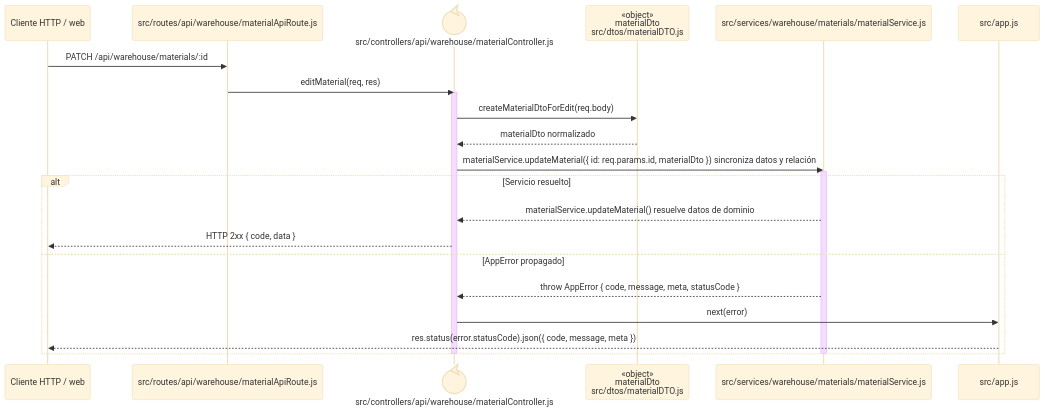
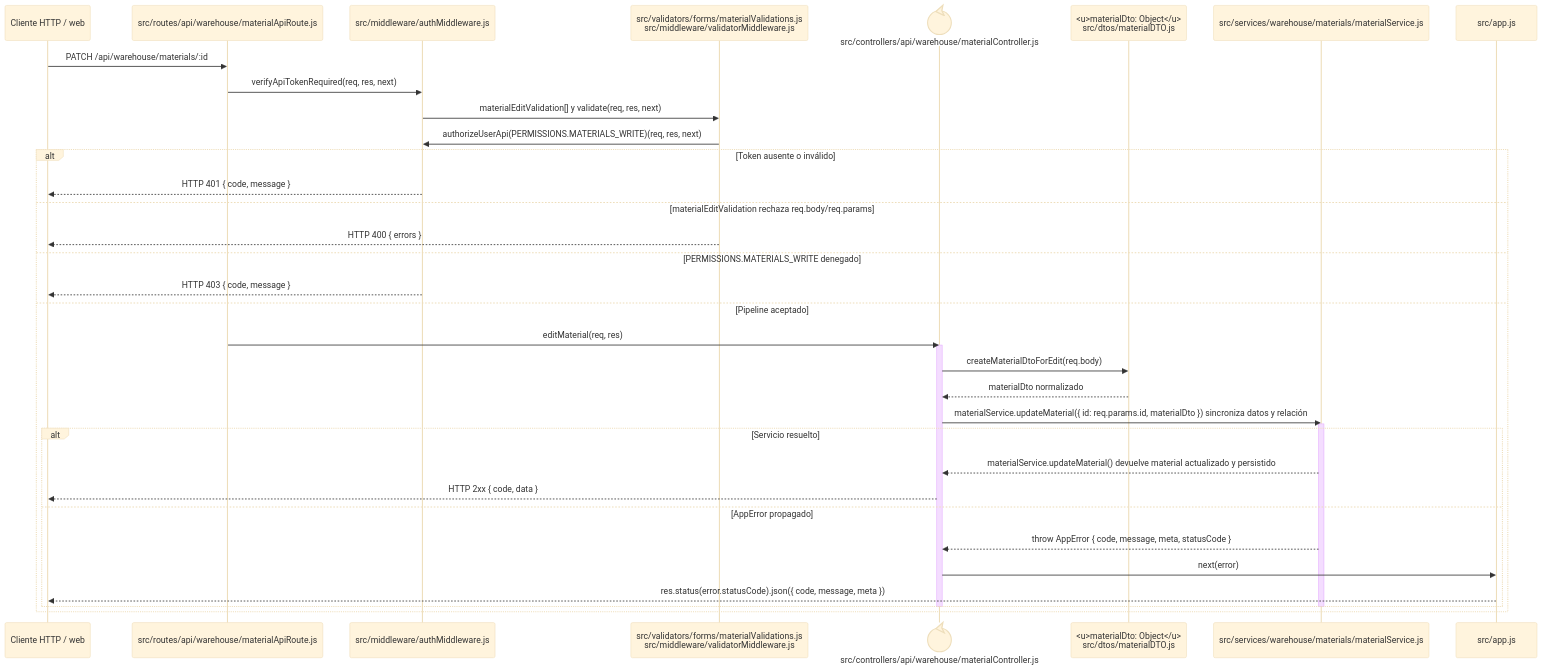
The diagram in docs/architecture/backend-code-sequences/catalogs/cu-alm-03.md (gpgsistemas01/nexus), drawn with Mermaid (base theme) before and after one commit. The commit also changed 102 other files, not shown here.

````diff
--- a/docs/architecture/backend-code-sequences/catalogs/cu-alm-03.md
+++ b/docs/architecture/backend-code-sequences/catalogs/cu-alm-03.md
@@ -6,27 +6,40 @@
 ```mermaid
 sequenceDiagram
     participant Client as Cliente HTTP / web
     participant Route as src/routes/api/warehouse/materialApiRoute.js
+    participant Auth as src/middleware/authMiddleware.js
+    participant Validator as src/validators/forms/materialValidations.js<br/>src/middleware/validatorMiddleware.js
     participant Controller@{ "type": "control" } as src/controllers/api/warehouse/materialController.js
-    participant MaterialDto as «object»<br/>materialDto<br/>src/dtos/materialDTO.js
+    participant MaterialDto as <u>materialDto: Object</u><br/>src/dtos/materialDTO.js
     participant Domain as src/services/warehouse/materials/materialService.js
     participant ErrorHandler as src/app.js
 
     Client->>Route: PATCH /api/warehouse/materials/:id
-    Route->>Controller: editMaterial(req, res)
-    activate Controller
-    Controller->>MaterialDto: createMaterialDtoForEdit(req.body)
-    MaterialDto-->>Controller: materialDto normalizado
-    Controller->>Domain: materialService.updateMaterial({ id: req.params.id, materialDto }) sincroniza datos y relación
-    activate Domain
-    alt Servicio resuelto
-        Domain-->>Controller: materialService.updateMaterial() resuelve datos de dominio
-        Controller-->>Client: HTTP 2xx { code, data }
-    else AppError propagado
-        Domain-->>Controller: throw AppError { code, message, meta, statusCode }
-        Controller->>ErrorHandler: next(error)
-        ErrorHandler-->>Client: res.status(error.statusCode).json({ code, message, meta })
+    Route->>Auth: verifyApiTokenRequired(req, res, next)
+    Auth->>Validator: materialEditValidation[] y validate(req, res, next)
+    Validator->>Auth: authorizeUserApi(PERMISSIONS.MATERIALS_WRITE)(req, res, next)
+    alt Token ausente o inválido
+        Auth-->>Client: HTTP 401 { code, message }
+    else materialEditValidation rechaza req.body/req.params
+        Validator-->>Client: HTTP 400 { errors }
+    else PERMISSIONS.MATERIALS_WRITE denegado
+        Auth-->>Client: HTTP 403 { code, message }
+    else Pipeline aceptado
+        Route->>Controller: editMaterial(req, res)
+        activate Controller
+        Controller->>MaterialDto: createMaterialDtoForEdit(req.body)
+        MaterialDto-->>Controller: materialDto normalizado
+        Controller->>Domain: materialService.updateMaterial({ id: req.params.id, materialDto }) sincroniza datos y relación
+        activate Domain
+        alt Servicio resuelto
+            Domain-->>Controller: materialService.updateMaterial() devuelve material actualizado y persistido
+            Controller-->>Client: HTTP 2xx { code, data }
+        else AppError propagado
+            Domain-->>Controller: throw AppError { code, message, meta, statusCode }
+            Controller->>ErrorHandler: next(error)
+            ErrorHandler-->>Client: res.status(error.statusCode).json({ code, message, meta })
+        end
+        deactivate Domain
+        deactivate Controller
     end
-    deactivate Domain
-    deactivate Controller
 ```
````
